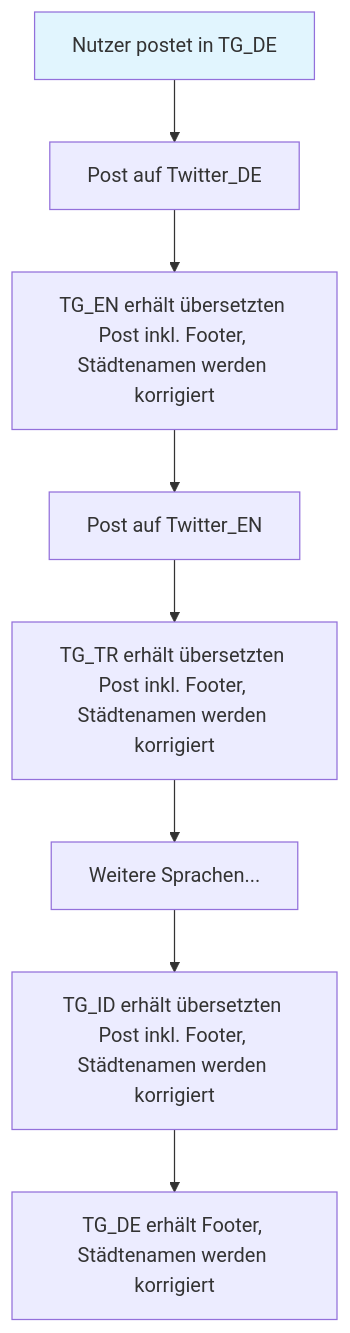
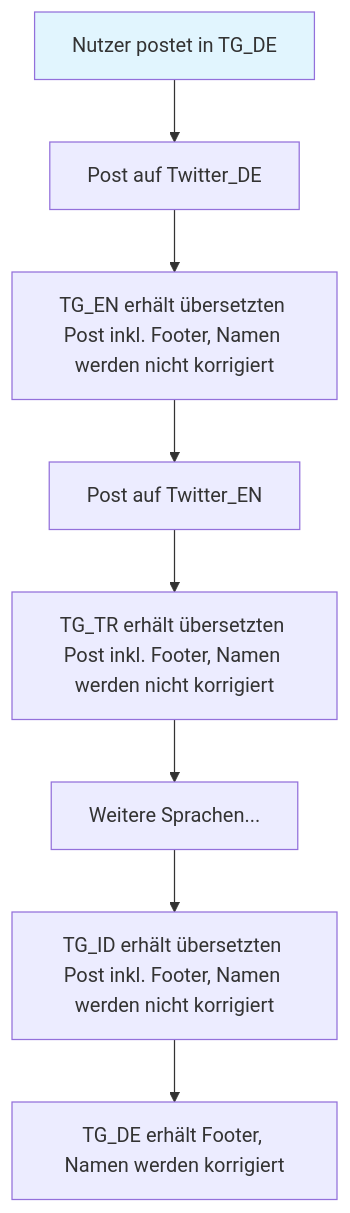
One commit to militaernews/ptb-mn changed the first of 2 diagrams in docs/USAGE.md. Above: the diagram before and after it, drawn with Mermaid. The commit also changed other lines of this file, not shown here.

````diff
--- a/docs/USAGE.md
+++ b/docs/USAGE.md
@@ -49,12 +49,12 @@
 ```mermaid
 flowchart TD
     A[Nutzer postet in TG_DE] --> B[Post auf Twitter_DE]
-    B --> C[TG_EN erhält übersetzten Post inkl. Footer, Städtenamen werden korrigiert]
+    B --> C[TG_EN erhält übersetzten Post inkl. Footer, Namen werden nicht korrigiert]
     C --> D[Post auf Twitter_EN]
-    D --> E[TG_TR erhält übersetzten Post inkl. Footer, Städtenamen werden korrigiert]
+    D --> E[TG_TR erhält übersetzten Post inkl. Footer, Namen werden nicht korrigiert]
     E --> F[Weitere Sprachen...]
-    F --> G[TG_ID erhält übersetzten Post inkl. Footer, Städtenamen werden korrigiert]
-    G --> H[TG_DE erhält Footer, Städtenamen werden korrigiert]
+    F --> G[TG_ID erhält übersetzten Post inkl. Footer, Namen werden nicht korrigiert]
+    G --> H[TG_DE erhält Footer, Namen werden korrigiert]
     
     style A fill:#e1f5fe
 ```
````
